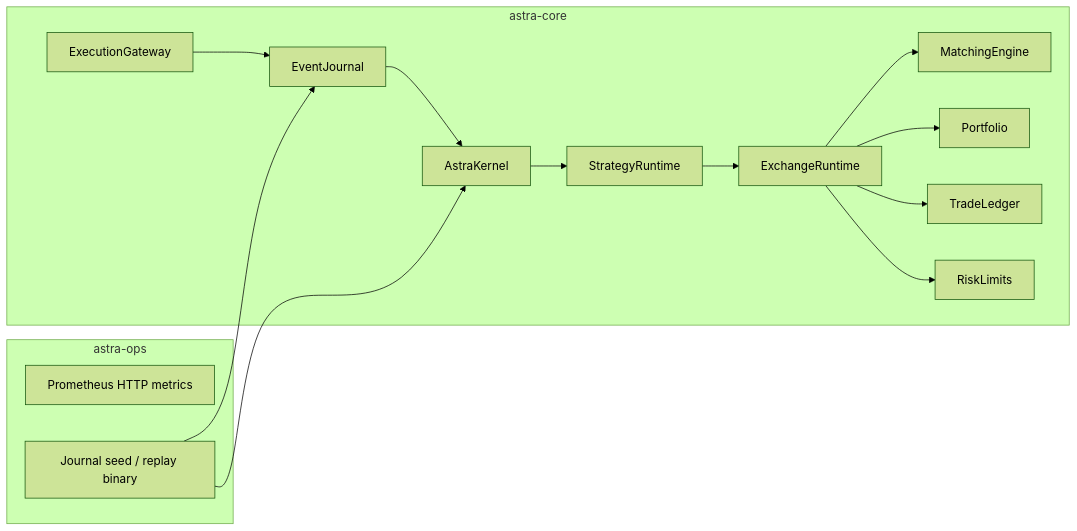
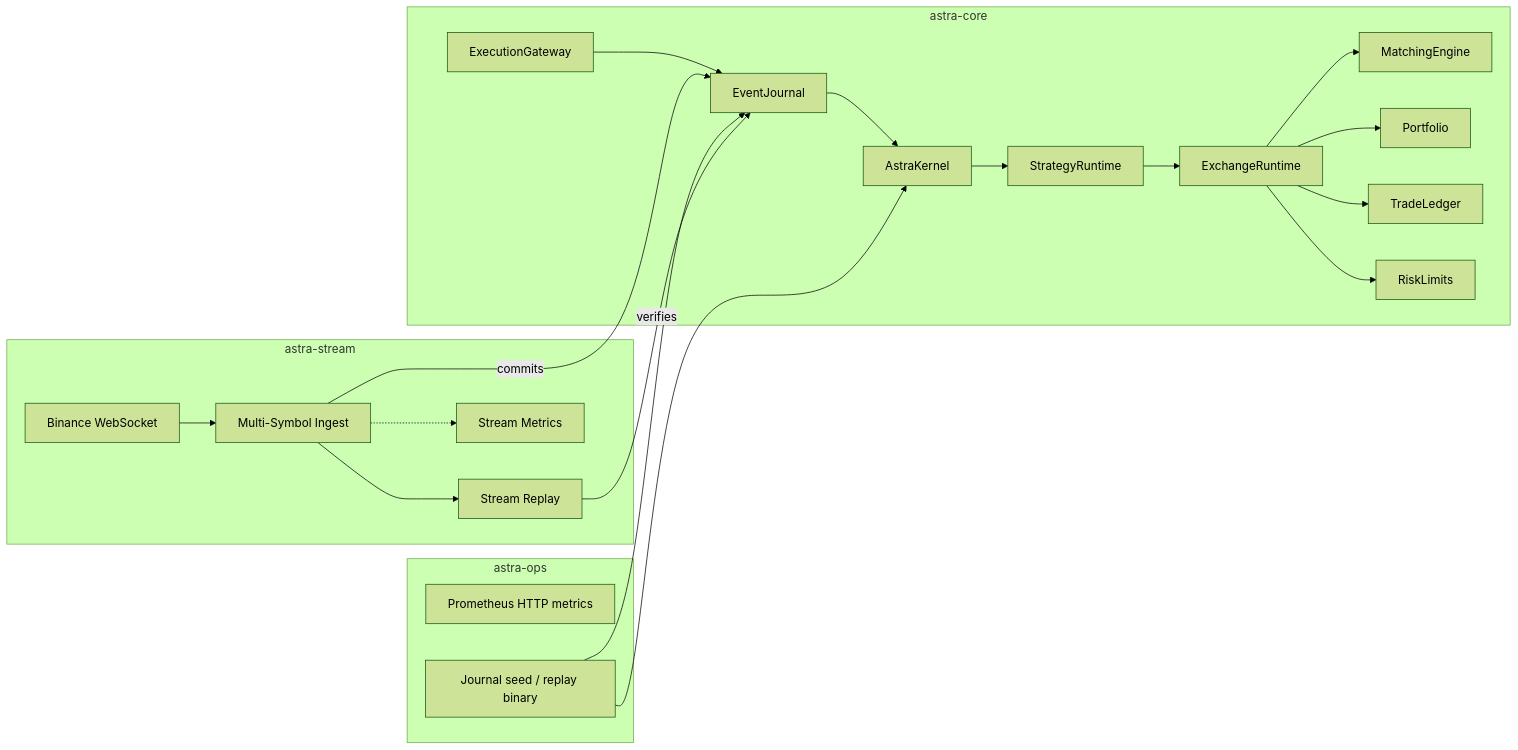
The diagram in README.md (BarisCag/astraquant), drawn with Mermaid (forest theme) before and after one commit. The commit also changed other lines of this file and 30 other files, not shown here.

````diff
--- a/README.md
+++ b/README.md
@@ -21,19 +38,26 @@
 ```mermaid
 flowchart LR
+  subgraph stream [astra-stream]
+    WSS[Binance WebSocket] --> SI[Multi-Symbol Ingest]
+    SI --> SR[Stream Replay]
+    SI -.-> SM[Stream Metrics]
+  end
   subgraph ops [astra-ops]
     M[Prometheus HTTP metrics]
     D[Journal seed / replay binary]
   end
   subgraph core [astra-core]
     G[ExecutionGateway] --> J[EventJournal]
     J --> K[AstraKernel]
     K --> R[StrategyRuntime]
     R --> X[ExchangeRuntime]
     X --> ME[MatchingEngine]
     X --> P[Portfolio]
     X --> L[TradeLedger]
     X --> RK[RiskLimits]
   end
+  SI -->|commits| J
   D --> J
   D --> K
+  SR -->|verifies| J
 ```
````
